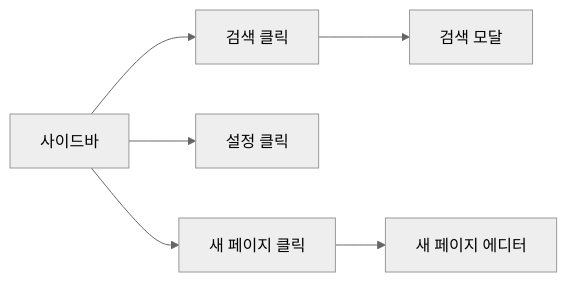
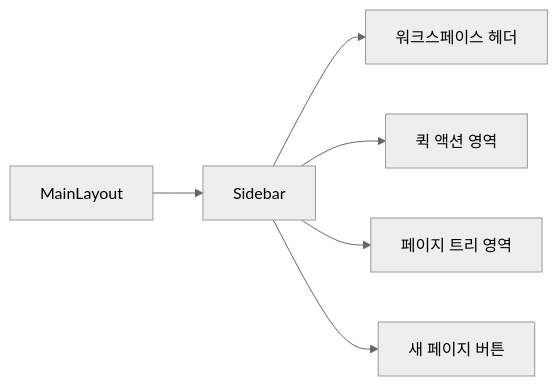
The second of 2 diagrams in .orchay/projects/notion-like/tasks/TSK-02-02/010-design.md (jongik-sv/orchay), drawn with Mermaid (neutral theme) before and after one commit. The commit also changed other lines of this file and 2 other files, not shown here.

First line of the commit message:
[wf:start] TSK-01-02: 에디터 콘텐츠 저장/로드 설계 완료

````diff
--- a/.orchay/projects/notion-like/tasks/TSK-02-02/010-design.md
+++ b/.orchay/projects/notion-like/tasks/TSK-02-02/010-design.md
@@ -180,8 +177,8 @@
 ```mermaid
 flowchart LR
-    A[사이드바] --> B[검색 클릭]
-    A --> C[설정 클릭]
-    A --> D[새 페이지 클릭]
-    B --> E[검색 모달]
-    D --> F[새 페이지 에디터]
+    A[MainLayout] --> B[Sidebar]
+    B --> B1[워크스페이스 헤더]
+    B --> B2[퀵 액션 영역]
+    B --> B3[페이지 트리 영역]
+    B --> B4[새 페이지 버튼]
 ```
````
